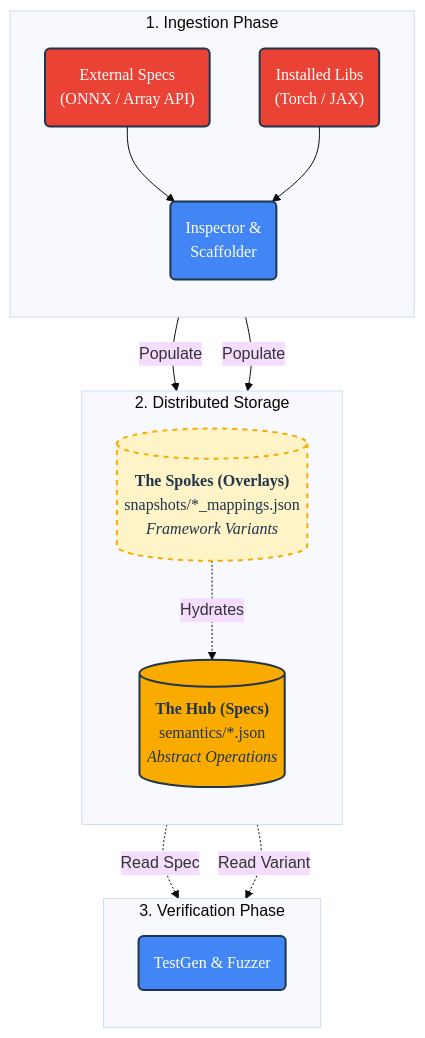
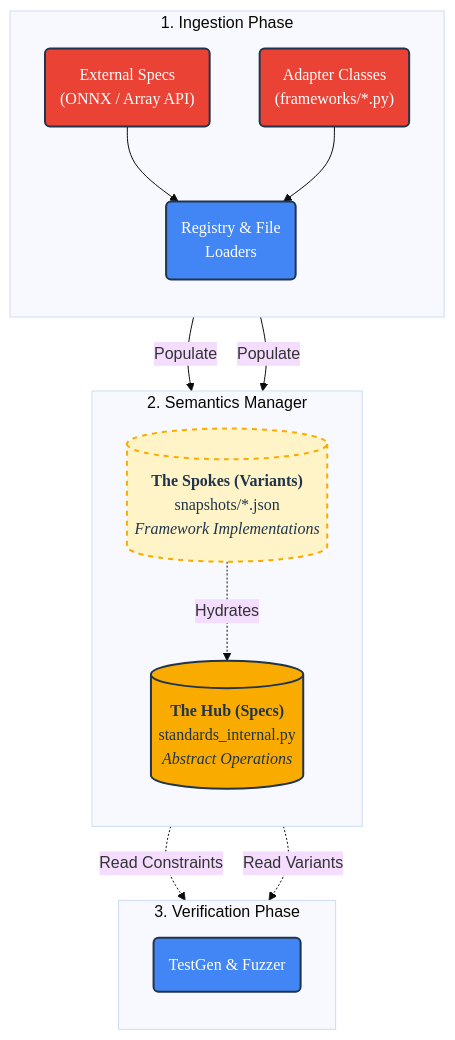
One commit to SamuelMarks/ml-switcheroo changed the first of 2 diagrams in ARCHITECTURE.md. Above: the diagram before and after it, drawn with Mermaid (base theme). The commit also changed other lines of this file and 3 other files, not shown here.

Commit message:
[tests/frameworks/test_jax_adapter_inheritance.py] CI fix ; [{ARCHITECTURE,EXTENDING,EXTENDING_WITH_DSL}.md] Update to reflect current state

````diff
--- a/ARCHITECTURE.md
+++ b/ARCHITECTURE.md
@@ -24,45 +24,45 @@
 ```mermaid
 graph TD
     %% --- STYLE DEFINITIONS ---
     classDef default font-family:'Google Sans',color:#20344b,stroke:#20344b;
     classDef input fill:#ea4335,stroke:#20344b,stroke-width:2px,color:#ffffff,font-family:'Google Sans',rx:5px;
     classDef build fill:#4285f4,stroke:#20344b,stroke-width:2px,color:#ffffff,font-family:'Google Sans',rx:5px;
     classDef hub fill:#f9ab00,stroke:#20344b,stroke-width:2px,color:#20344b,font-family:'Google Sans',rx:5px;
     classDef spoke fill:#fff4c7,stroke:#f9ab00,stroke-width:2px,stroke-dasharray: 5 5,color:#20344b,font-family:'Google Sans',rx:5px;
 
     %% --- PHASE 1: DISCOVERY ---
     subgraph P1 ["1. Ingestion Phase"]
         direction TB
         STANDARDS("External Specs<br/>(ONNX / Array API)"):::input
-        LIBS("Installed Libs<br/>(Torch / JAX)"):::input
+        CODE("Adapter Classes<br/>(frameworks/*.py)"):::input
         
-        INSPECTOR("Inspector &<br/>Scaffolder"):::build
+        LOADER("Registry & File<br/>Loaders"):::build
         
-        STANDARDS --> INSPECTOR
-        LIBS --> INSPECTOR
+        STANDARDS --> LOADER
+        CODE --> LOADER
     end
 
     %% --- PHASE 2: STORAGE ---
-    subgraph P2 ["2. Distributed Storage"]
+    subgraph P2 ["2. Semantics Manager"]
         direction TB
-        HUB[("<b>The Hub (Specs)</b><br/>semantics/*.json<br/><i>Abstract Operations</i>")]:::hub
-        SPOKE[("<b>The Spokes (Overlays)</b><br/>snapshots/*_mappings.json<br/><i>Framework Variants</i>")]:::spoke
+        HUB[("<b>The Hub (Specs)</b><br/>standards_internal.py<br/><i>Abstract Operations</i>")]:::hub
+        SPOKE[("<b>The Spokes (Variants)</b><br/>snapshots/*.json<br/><i>Framework Implementations</i>")]:::spoke
         
         %% Internal Context Link
         SPOKE -.->|" Hydrates "| HUB
     end
 
-    %% Flow P1 -> P2 (Creates Vertical Spine)
-    INSPECTOR -->|"Populate"| HUB
-    INSPECTOR -->|"Populate"| SPOKE
+    %% Flow P1 -> P2
+    LOADER -->|"Populate"| HUB
+    LOADER -->|"Populate"| SPOKE
 
     %% --- PHASE 3: VERIFICATION ---
     subgraph P3 ["3. Verification Phase"]
         direction TB
         TESTER("TestGen & Fuzzer"):::build
     end
 
-    %% Flow P2 -> P3 (Continues Vertical Spine)
-    HUB -.->|"Read Spec"| TESTER
-    SPOKE -.->|"Read Variant"| TESTER
+    %% Flow P2 -> P3
+    HUB -.->|"Read Constraints"| TESTER
+    SPOKE -.->|"Read Variants"| TESTER
 ```
````
